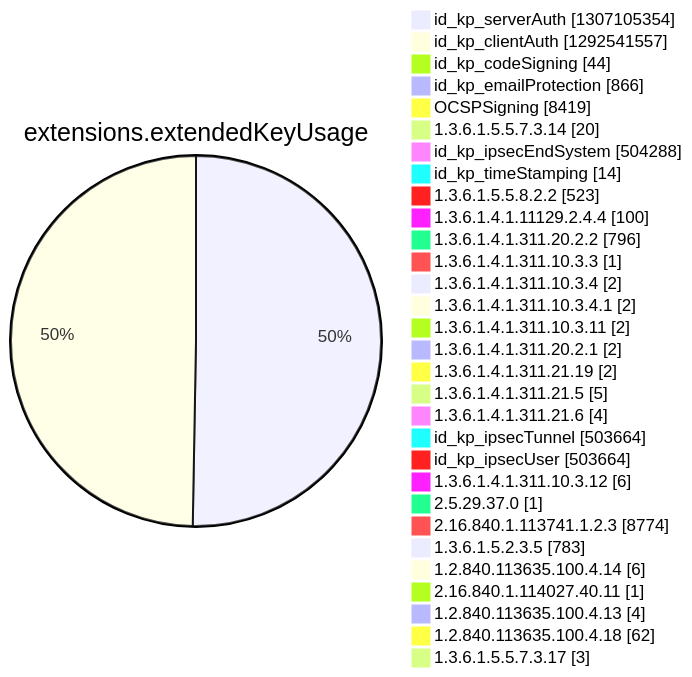
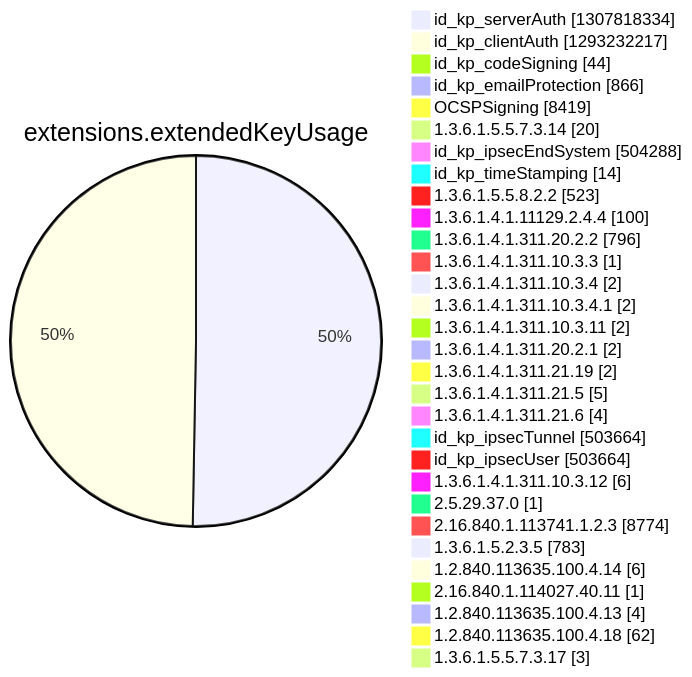
Before and after one commit to christiankrug/ctmonitor_visualization: diagram 12 of 15 in argon2022/README.md, drawn with Mermaid. The commit also changed other lines of this file, not shown here.

````diff
--- a/argon2022/README.md
+++ b/argon2022/README.md
@@ -3551,34 +3552,34 @@
 ```mermaid
 pie showData
 title extensions.extendedKeyUsage
-"id_kp_serverAuth" :1307105354
-"id_kp_clientAuth" :1292541557
+"id_kp_serverAuth" :1307818334
+"id_kp_clientAuth" :1293232217
 "id_kp_codeSigning" :44
 "id_kp_emailProtection" :866
 "OCSPSigning" :8419
 "1.3.6.1.5.5.7.3.14" :20
 "id_kp_ipsecEndSystem" :504288
 "id_kp_timeStamping" :14
 "1.3.6.1.5.5.8.2.2" :523
 "1.3.6.1.4.1.11129.2.4.4" :100
 "1.3.6.1.4.1.311.20.2.2" :796
 "1.3.6.1.4.1.311.10.3.3" :1
 "1.3.6.1.4.1.311.10.3.4" :2
 "1.3.6.1.4.1.311.10.3.4.1" :2
 "1.3.6.1.4.1.311.10.3.11" :2
 "1.3.6.1.4.1.311.20.2.1" :2
 "1.3.6.1.4.1.311.21.19" :2
 "1.3.6.1.4.1.311.21.5" :5
 "1.3.6.1.4.1.311.21.6" :4
 "id_kp_ipsecTunnel" :503664
 "id_kp_ipsecUser" :503664
 "1.3.6.1.4.1.311.10.3.12" :6
 "2.5.29.37.0" :1
 "2.16.840.1.113741.1.2.3" :8774
 "1.3.6.1.5.2.3.5" :783
 "1.2.840.113635.100.4.14" :6
 "2.16.840.1.114027.40.11" :1
 "1.2.840.113635.100.4.13" :4
 "1.2.840.113635.100.4.18" :62
 "1.3.6.1.5.5.7.3.17" :3
 ```
````
